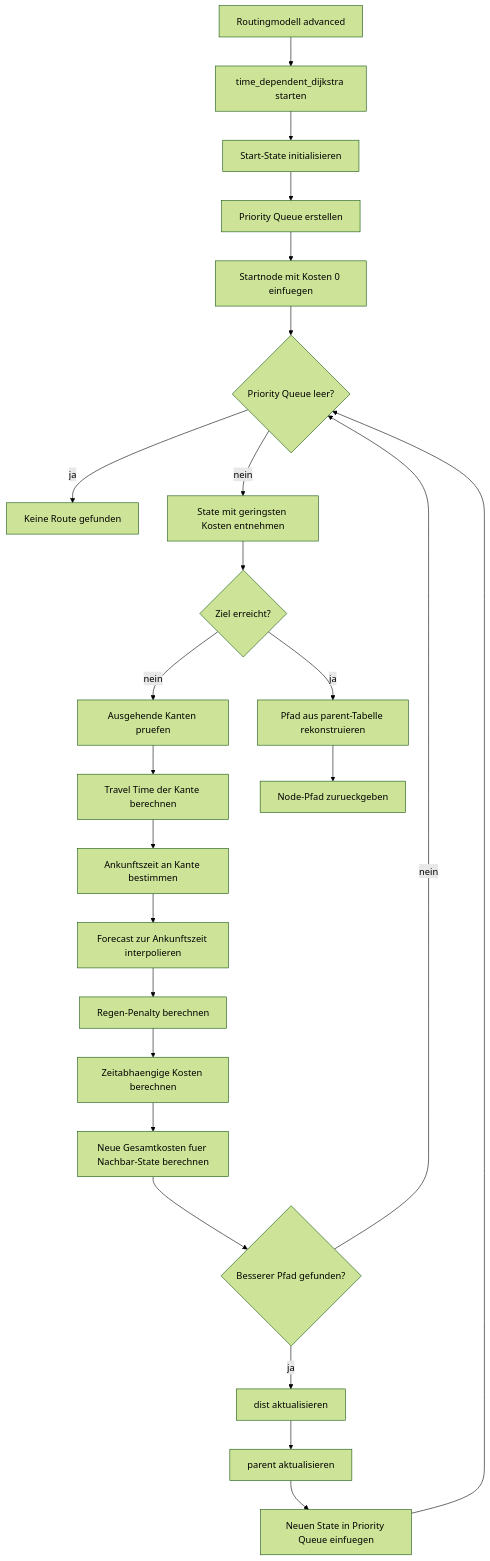
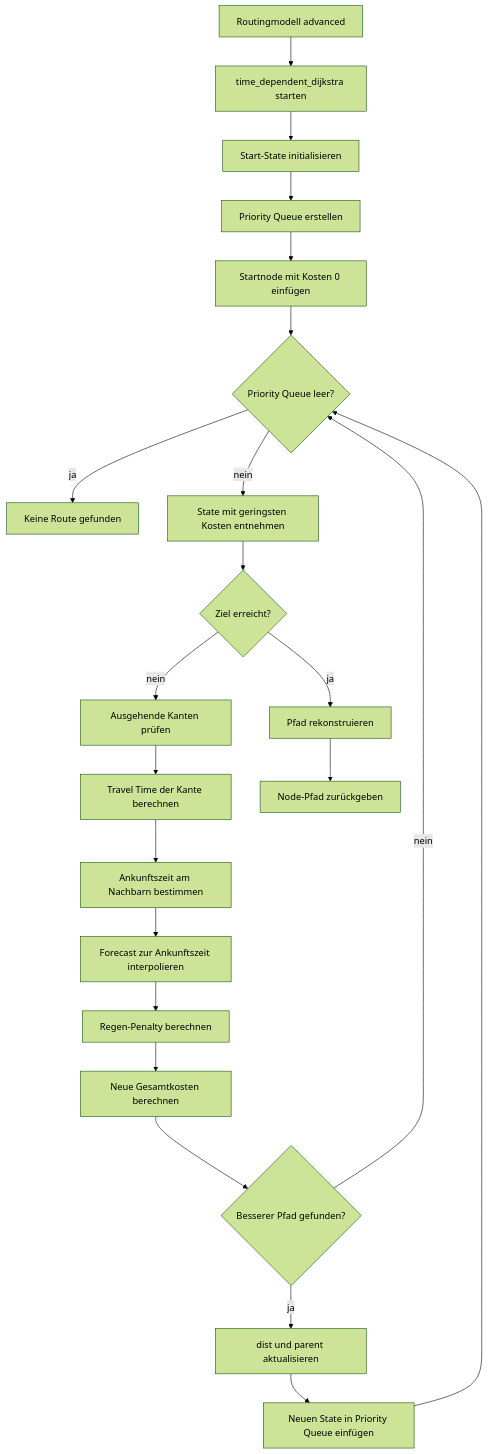
Before and after one commit to VPGIS/WetterRoutingApp: the second of 2 diagrams in docs/routing.md, drawn with Mermaid (forest theme). The commit also changed other lines of this file and 11 other files, not shown here.

````diff
--- a/docs/routing.md
+++ b/docs/routing.md
@@ -121,31 +141,29 @@
 ```mermaid
 flowchart TD
     A[Routingmodell advanced] --> B[time_dependent_dijkstra starten]
     B --> C[Start-State initialisieren]
     C --> D[Priority Queue erstellen]
-    D --> E[Startnode mit Kosten 0 einfuegen]
+    D --> E[Startnode mit Kosten 0 einfügen]
 
     E --> F{Priority Queue leer?}
     F -- ja --> Z[Keine Route gefunden]
     F -- nein --> G[State mit geringsten Kosten entnehmen]
 
     G --> H{Ziel erreicht?}
-    H -- ja --> I[Pfad aus parent-Tabelle rekonstruieren]
-    H -- nein --> J[Ausgehende Kanten pruefen]
+    H -- ja --> I[Pfad rekonstruieren]
+    H -- nein --> J[Ausgehende Kanten prüfen]
 
     J --> K[Travel Time der Kante berechnen]
-    K --> L[Ankunftszeit an Kante bestimmen]
+    K --> L[Ankunftszeit am Nachbarn bestimmen]
     L --> M[Forecast zur Ankunftszeit interpolieren]
     M --> N[Regen-Penalty berechnen]
-    N --> O[Zeitabhaengige Kosten berechnen]
-    O --> P[Neue Gesamtkosten fuer Nachbar-State berechnen]
+    N --> O[Neue Gesamtkosten berechnen]
 
-    P --> Q{Besserer Pfad gefunden?}
-    Q -- ja --> R[dist aktualisieren]
-    R --> S[parent aktualisieren]
-    S --> T[Neuen State in Priority Queue einfuegen]
-    T --> F
+    O --> P{Besserer Pfad gefunden?}
+    P -- ja --> Q[dist und parent aktualisieren]
+    Q --> R[Neuen State in Priority Queue einfügen]
+    R --> F
 
-    Q -- nein --> F
-    I --> U[Node-Pfad zurueckgeben]
+    P -- nein --> F
+    I --> S[Node-Pfad zurückgeben]
 ```
````
